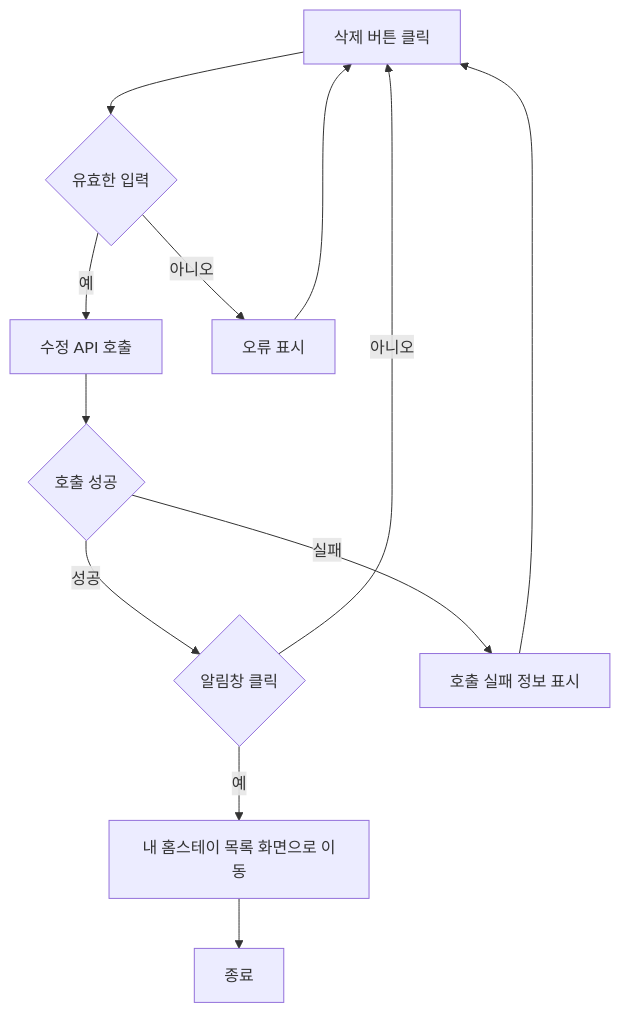
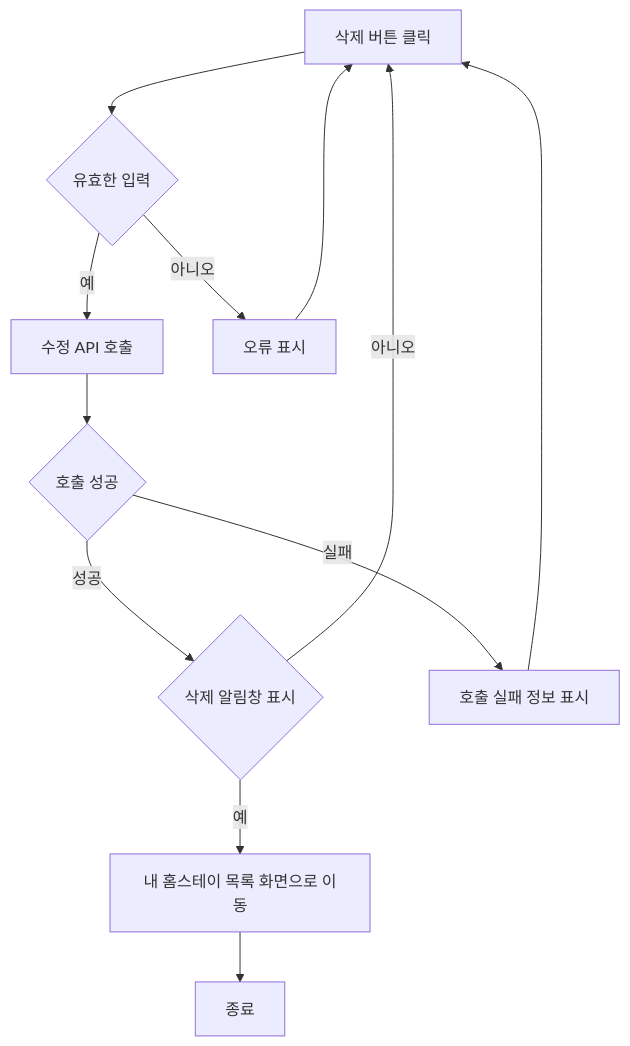
The fifth of 6 diagrams in design/기능정의서.md (red-dev-Mark/devcamp-onboarding-project-Team-2), drawn with Mermaid before and after one commit.

Commit message:
삭제 알림창 표시 #20

````diff
--- a/design/기능정의서.md
+++ b/design/기능정의서.md
@@ -138,14 +138,14 @@
 ```mermaid
 flowchart TD
     A[삭제 버튼 클릭] --> B[입력 항목 유효성 검증]
     B{유효한 입력} -- 예 --> C[수정 API 호출]
     B{유효한 입력} -- 아니오 --> D[오류 표시]
     D --> A
     C --> E{호출 성공}
     E -- 성공 --> F[삭제 알림창 표시]
-    F{알림창 클릭} -- 예 --> G[내 홈스테이 목록 화면으로 이동]
-    F{알림창 클릭} -- 아니오 --> A
+    F{삭제 알림창 표시} -- 예 --> G[내 홈스테이 목록 화면으로 이동]
+    F{삭제 알림창 표시} -- 아니오 --> A
     E -- 실패 --> J[호출 실패 정보 표시]
     J --> A
     G --> Z[종료]
 ```
````
